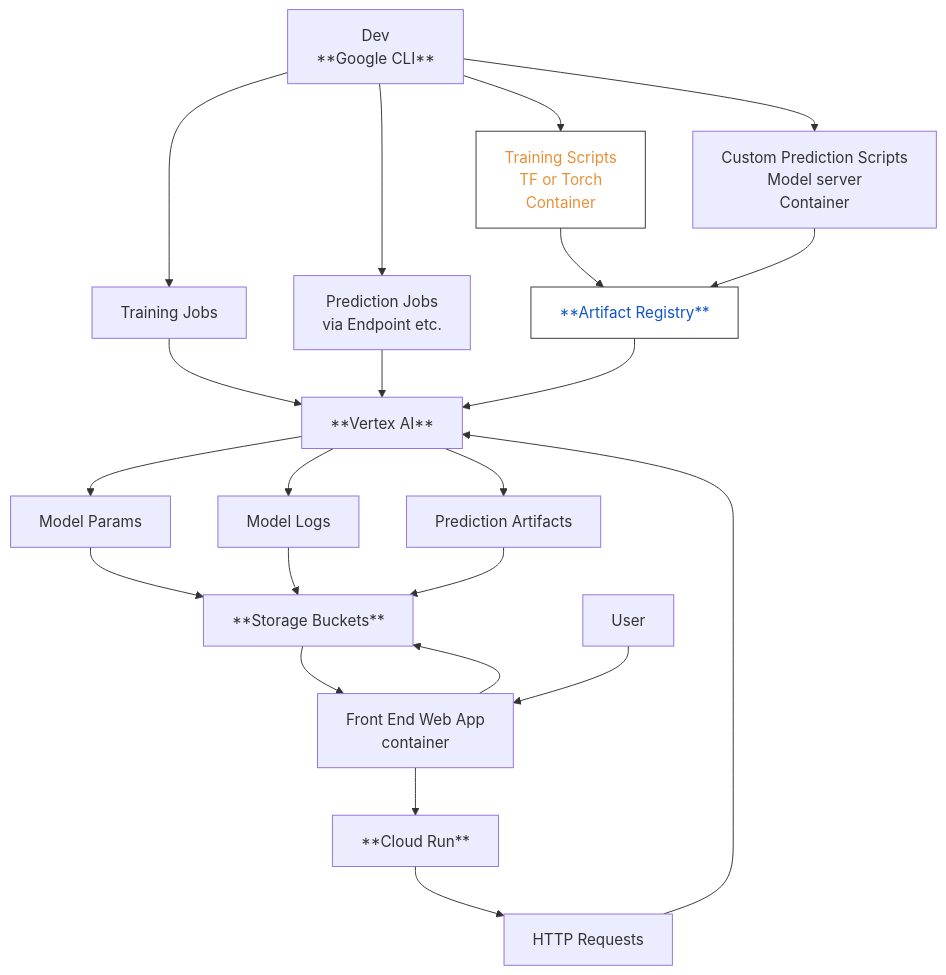
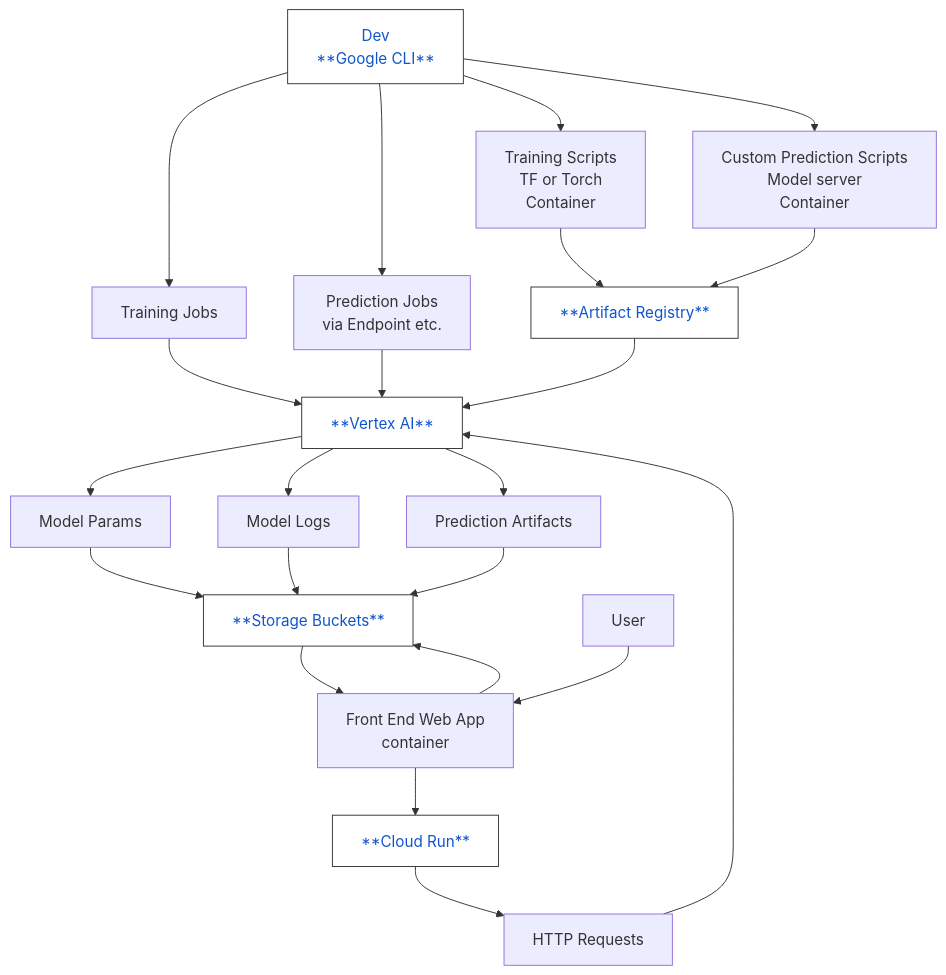
The diagram in ReadMe.md (nuEGil/NotesOnTextTasks), drawn with Mermaid before and after one commit.

````diff
--- a/ReadMe.md
+++ b/ReadMe.md
@@ -41,40 +41,39 @@
 ```mermaid
 graph TD;
 
     %% Training + Containers
     A[Training Scripts<br/>TF or Torch<br/>Container] --> C[**Artifact Registry**]
 
     %% Prediction scripts to Artifact Registry
     D[Custom Prediction Scripts<br/>Model server<br/>Container] --> C
 
     %% Vertex AI jobs
     C --> E[**Vertex AI**]
     F[Training Jobs] --> E
     G[Prediction Jobs<br/>via Endpoint etc.] --> E
 
     %% Model outputs
     E --> H[Model Params] & I[Model Logs] & J[Prediction Artifacts]
     H & I & J --> K[**Storage Buckets**]
 
     %% Frontend + Cloud Run
     L[Front End Web App<br/>container] --> N[**Cloud Run**]
     N --> O[HTTP Requests]
     O --> E
     K --> L
     P[User] --> L
 
     %% Dev tools
     Q[Dev<br/>**Google CLI**] --> F & G & A & D
     L --> K
 
     %% Define classes
     classDef yellowText color:#e69138,fill:#fff,stroke:#333,stroke-width:1px;
     classDef greenText color:#38761d,fill:#fff,stroke:#333,stroke-width:1px;
     classDef blueText color:#1155cc,fill:#fff,stroke:#333,stroke-width:1px;
 
     %% Apply classes
-    class A yellowText;
-    class B greenText;
-    class C blueText;
+
+    class C,E,K,Q,N blueText;
 
 ```
````
